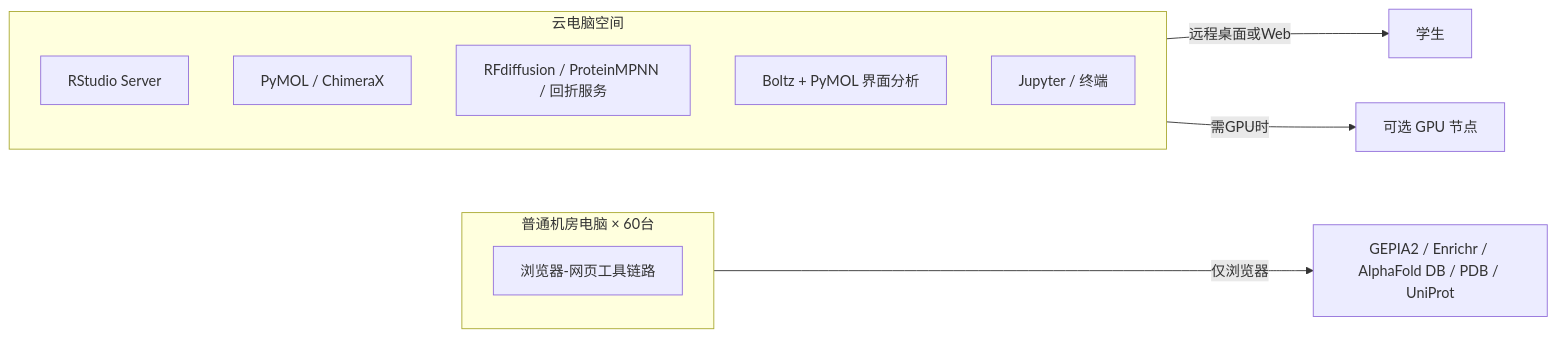
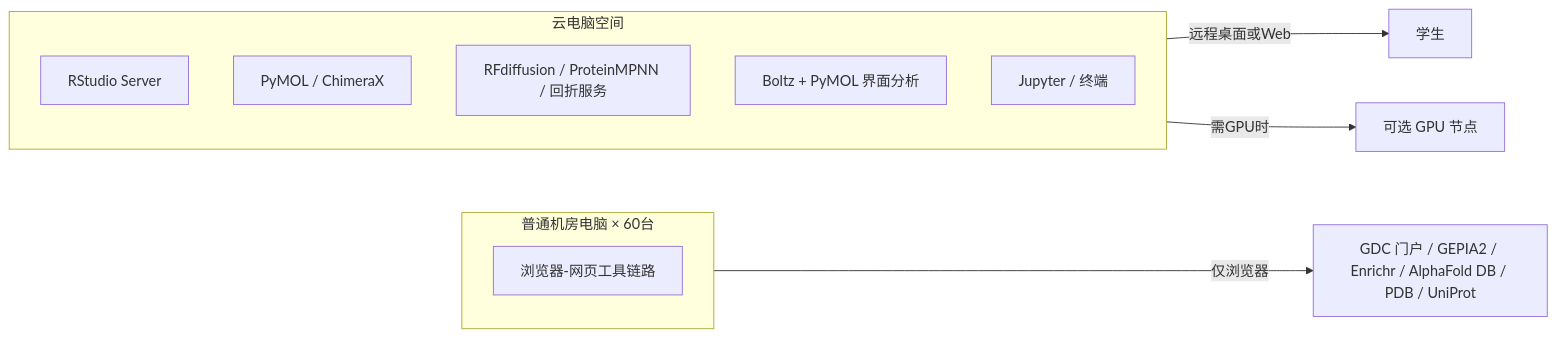
The diagram in docs/环境与部署指南.md (iiaimcc/bio-class), drawn with Mermaid before and after one commit. The commit also changed other lines of this file and 39 other files, not shown here.

````diff
--- a/docs/环境与部署指南.md
+++ b/docs/环境与部署指南.md
@@ -13,16 +13,16 @@
 ```mermaid
 flowchart LR
     subgraph 机房[普通机房电脑 × 60台]
         B1[浏览器-网页工具链路]
     end
     subgraph 云[云电脑空间]
         A1[RStudio Server]
         A2[PyMOL / ChimeraX]
         A3[RFdiffusion / ProteinMPNN / 回折服务]
         A4[Boltz + PyMOL 界面分析]
         A5[Jupyter / 终端]
     end
-    机房 -- 仅浏览器 --> 网页工具[GEPIA2 / Enrichr / AlphaFold DB / PDB / UniProt]
+    机房 -- 仅浏览器 --> 网页工具[GDC 门户 / GEPIA2 / Enrichr / AlphaFold DB / PDB / UniProt]
     云 -- 远程桌面或Web --> 学生
     云 -- 需GPU时 --> GPU池[可选 GPU 节点]
 ```
````
